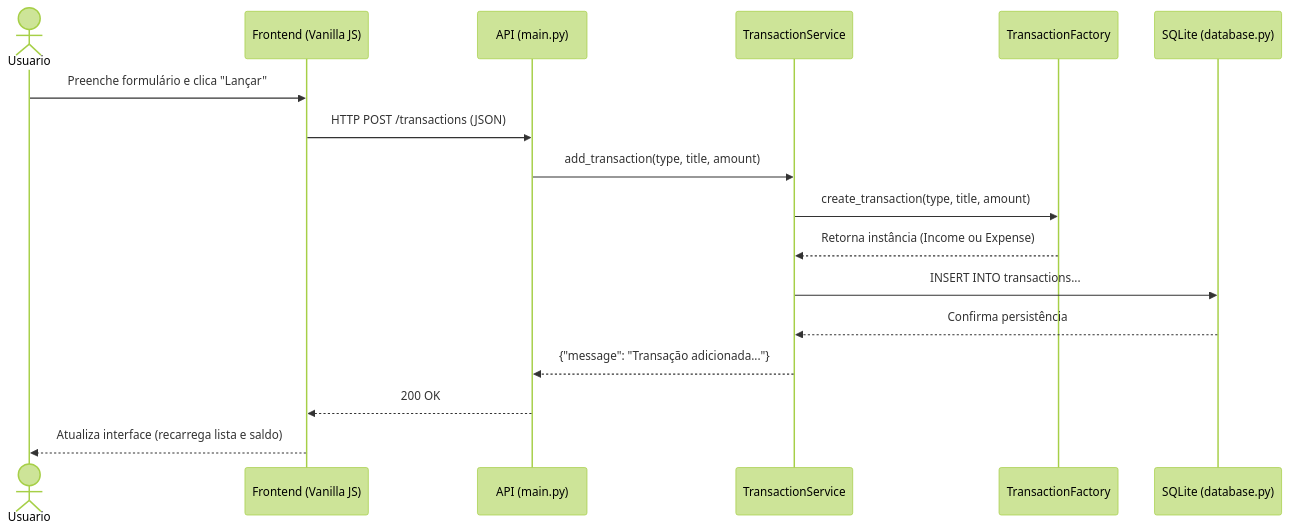
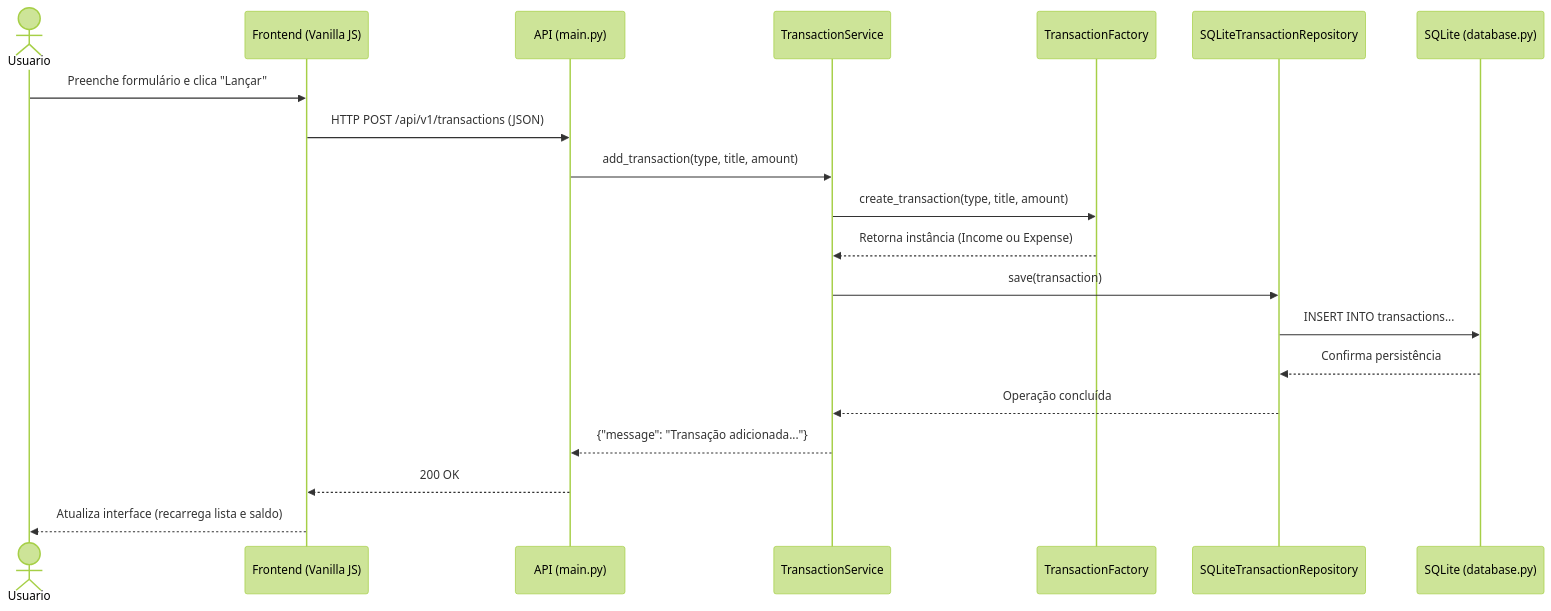
The third of 3 diagrams in diagramas.md (Capovillaa/Trabalho_final_Padroes_arquitetura_software), drawn with Mermaid (forest theme) before and after one commit. The commit also changed other lines of this file and 17 other files, not shown here.

````diff
--- a/diagramas.md
+++ b/diagramas.md
@@ -79,20 +97,23 @@
 ```mermaid
 sequenceDiagram
     actor Usuario
     participant UI as Frontend (Vanilla JS)
     participant API as API (main.py)
     participant Svc as TransactionService
     participant Factory as TransactionFactory
+    participant Repo as SQLiteTransactionRepository
     participant DB as SQLite (database.py)
 
     Usuario->>UI: Preenche formulário e clica "Lançar"
-    UI->>API: HTTP POST /transactions (JSON)
+    UI->>API: HTTP POST /api/v1/transactions (JSON)
     API->>Svc: add_transaction(type, title, amount)
     Svc->>Factory: create_transaction(type, title, amount)
     Factory-->>Svc: Retorna instância (Income ou Expense)
-    Svc->>DB: INSERT INTO transactions...
-    DB-->>Svc: Confirma persistência
+    Svc->>Repo: save(transaction)
+    Repo->>DB: INSERT INTO transactions...
+    DB-->>Repo: Confirma persistência
+    Repo-->>Svc: Operação concluída
     Svc-->>API: {"message": "Transação adicionada..."}
     API-->>UI: 200 OK
     UI-->>Usuario: Atualiza interface (recarrega lista e saldo)
 ```
````
